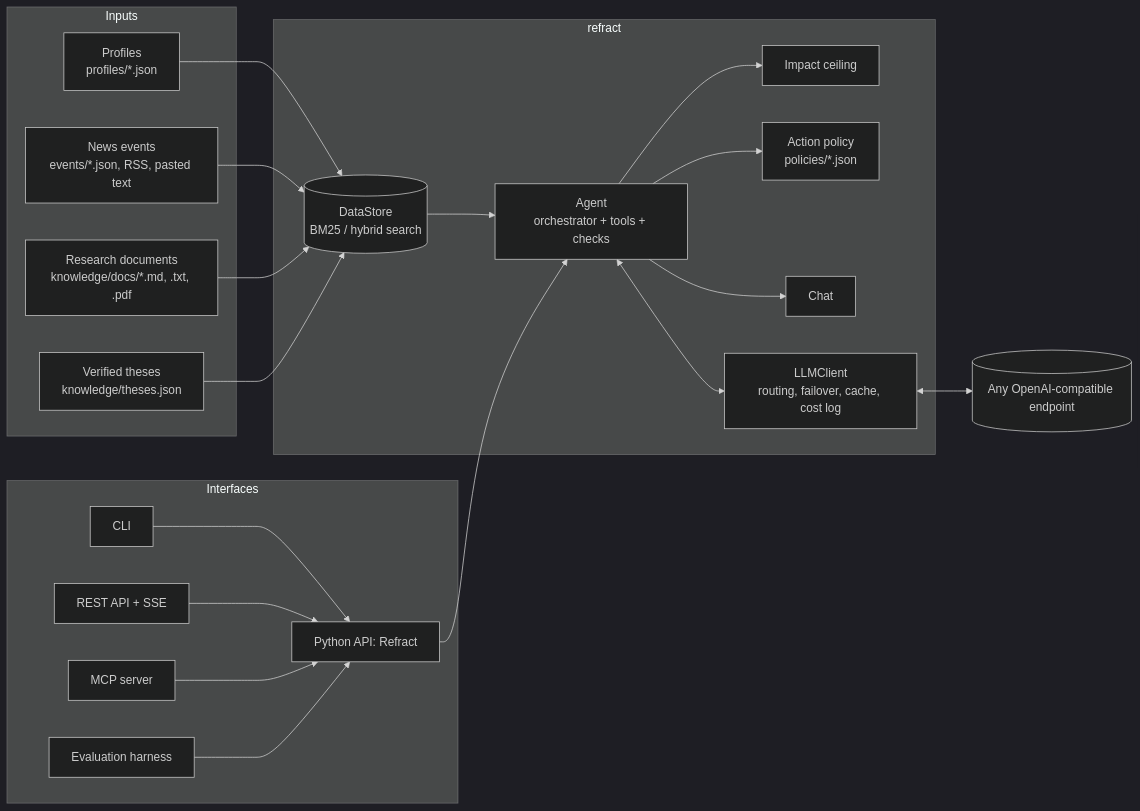
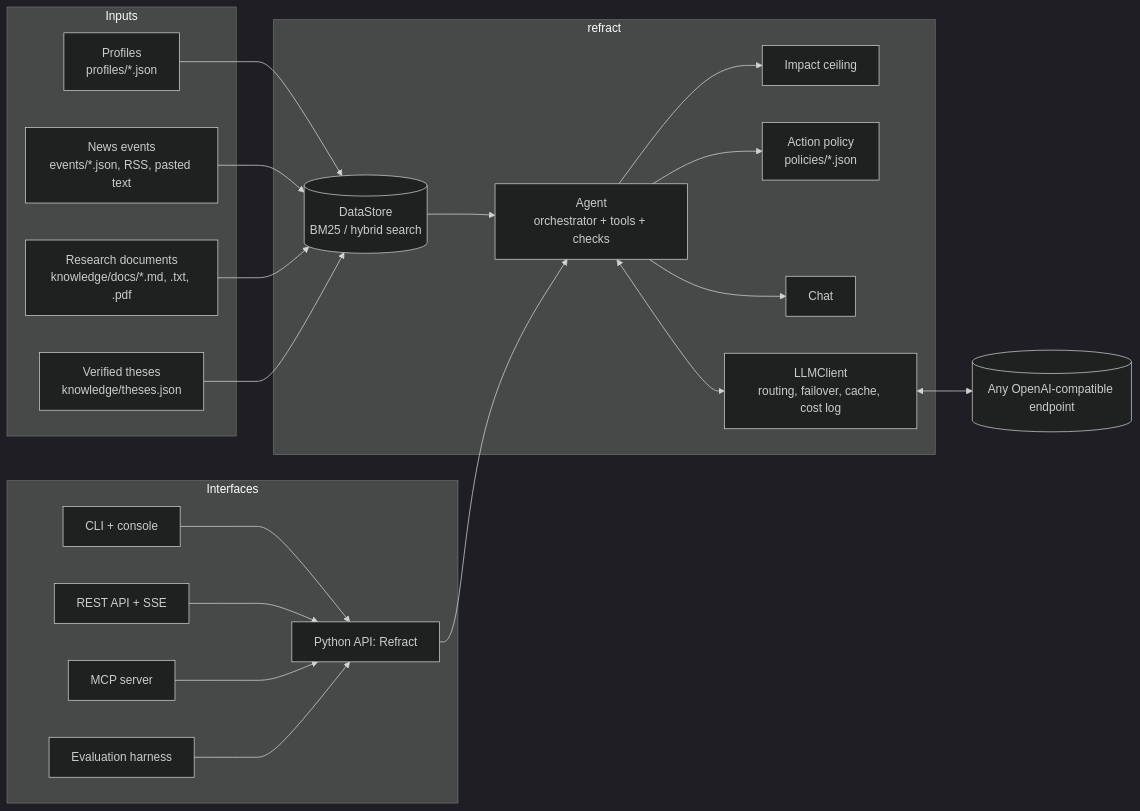
One commit to Rinneway/refract changed the diagram in docs/architecture.md. Above: the diagram before and after it, drawn with Mermaid (dark theme). The commit also changed other lines of this file and 8 other files, not shown here.

First line of the commit message:
Docs: a full CLI reference, the console, demo mode; changelog

````diff
--- a/docs/architecture.md
+++ b/docs/architecture.md
@@ -5,32 +5,32 @@
 ```mermaid
 flowchart LR
     subgraph Inputs
         PR[Profiles<br/>profiles/*.json]
         EV[News events<br/>events/*.json, RSS, pasted text]
         KB[Research documents<br/>knowledge/docs/*.md, .txt, .pdf]
         TH[Verified theses<br/>knowledge/theses.json]
     end
     subgraph Core[refract]
         DS[(DataStore<br/>BM25 / hybrid search)]
         AG[Agent<br/>orchestrator + tools + checks]
         IM[Impact ceiling]
         PO[Action policy<br/>policies/*.json]
         CH[Chat]
         LLM[LLMClient<br/>routing, failover, cache, cost log]
     end
     subgraph Interfaces
-        CLI[CLI]
+        CLI[CLI + console]
         PY[Python API: Refract]
         API[REST API + SSE]
         MCP[MCP server]
         EVAL[Evaluation harness]
     end
     PR & EV & KB & TH --> DS
     DS --> AG
     AG <--> LLM
     AG --> IM & PO
     AG --> CH
     PY --> AG
     CLI & API & MCP & EVAL --> PY
     LLM <--> EP[(Any OpenAI-compatible endpoint)]
 ```
````
